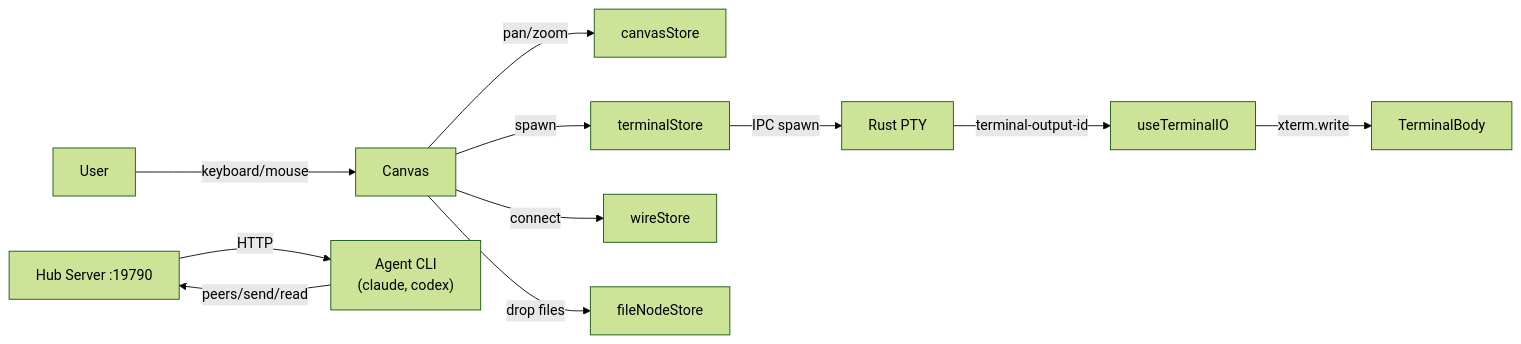
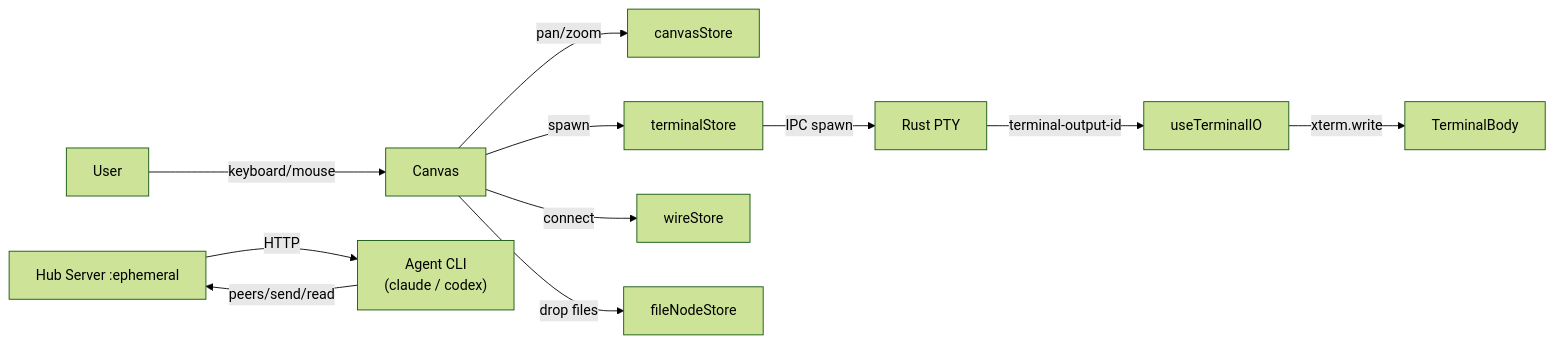
The third of 4 diagrams in README.md (albin-zhu/wodouyao), drawn with Mermaid (forest theme) before and after one commit. The commit also changed other lines of this file and 7 other files, not shown here.

````diff
--- a/README.md
+++ b/README.md
@@ -115,15 +219,15 @@
 ```mermaid
 flowchart LR
     User -->|keyboard/mouse| Canvas
     Canvas -->|pan/zoom| canvasStore
     Canvas -->|spawn| terminalStore
     Canvas -->|connect| wireStore
     Canvas -->|drop files| fileNodeStore
 
     terminalStore -->|IPC spawn| PTY["Rust PTY"]
     PTY -->|terminal-output-id| terminalIO["useTerminalIO"]
     terminalIO -->|xterm.write| TerminalBody
 
-    Hub["Hub Server :19790"] -->|HTTP| AgentCLI["Agent CLI<br/>(claude, codex)"]
+    Hub["Hub Server :ephemeral"] -->|HTTP| AgentCLI["Agent CLI<br/>(claude / codex)"]
     AgentCLI -->|peers/send/read| Hub
 ```
````
